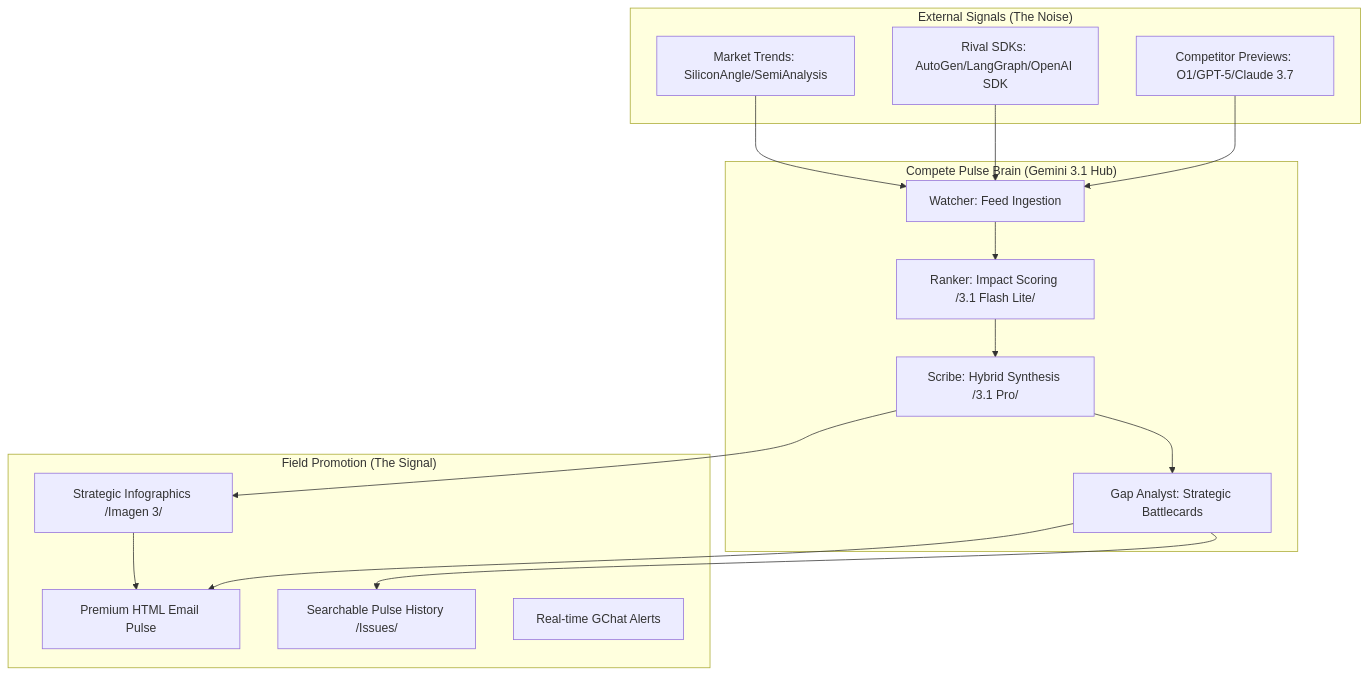
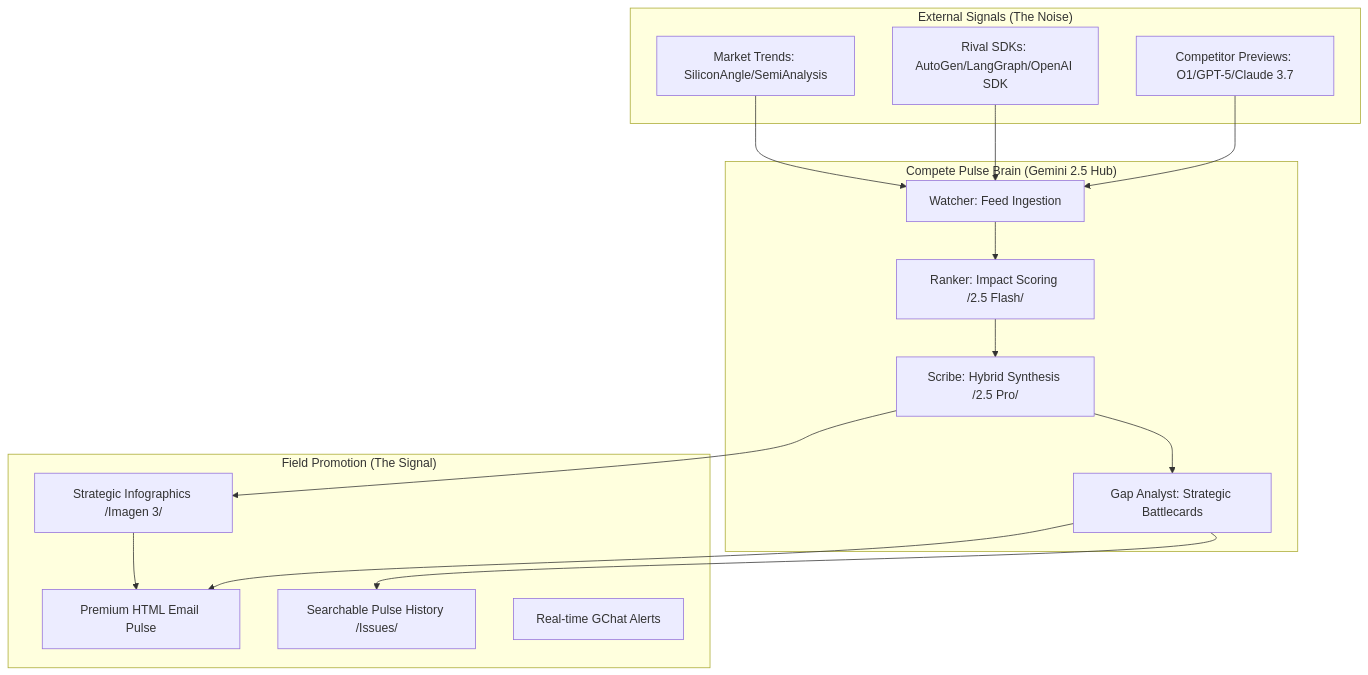
One commit to enriquekalven/compete-pulse changed the diagram in README.md. Above: the diagram before and after it, drawn with Mermaid. The commit also changed other lines of this file and 4 other files, not shown here.

````diff
--- a/README.md
+++ b/README.md
@@ -13,35 +13,35 @@
 ```mermaid
 graph TD
     subgraph "External Signals (The Noise)"
         C1[Competitor Previews: O1/GPT-5/Claude 3.7]
         C2[Rival SDKs: AutoGen/LangGraph/OpenAI SDK]
         C3[Market Trends: SiliconAngle/SemiAnalysis]
     end
 
-    subgraph "Compete Pulse Brain (Gemini 3.1 Hub)"
+    subgraph "Compete Pulse Brain (Gemini 2.5 Hub)"
         W[Watcher: Feed Ingestion]
-        R[Ranker: Impact Scoring /3.1 Flash Lite/]
-        S[Scribe: Hybrid Synthesis /3.1 Pro/]
+        R[Ranker: Impact Scoring /2.5 Flash/]
+        S[Scribe: Hybrid Synthesis /2.5 Pro/]
         GA[Gap Analyst: Strategic Battlecards]
         
         W --> R
         R --> S
         S --> GA
     end
 
     subgraph "Field Promotion (The Signal)"
         EM[Premium HTML Email Pulse]
         GH[Searchable Pulse History /Issues/]
         GC[Real-time GChat Alerts]
         IG[Strategic Infographics /Imagen 3/]
     end
 
     C1 --> W
     C2 --> W
     C3 --> W
     
     GA --> EM
     GA --> GH
     S --> IG
     IG --> EM
 ```
````
